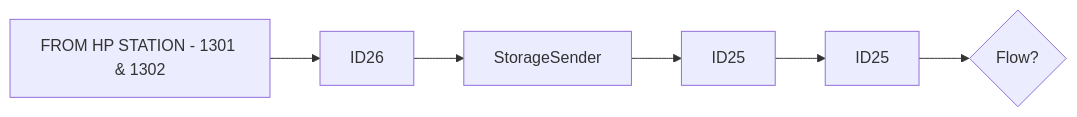
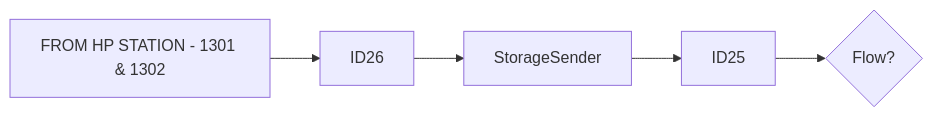
One commit to luthfiadityaa/SimeDarby-Wiki changed the first of 24 diagrams in Basic-Design/DFD-WMS/Storage/Unplanned-Storage/Unplanned-Storage-from-HP.md. Above: the diagram before and after it, drawn with Mermaid. The commit also changed other lines of this file, not shown here.

Commit message:
Updated Unplanned Storage from HP

```diff
--- a/Basic-Design/DFD-WMS/Storage/Unplanned-Storage/Unplanned-Storage-from-HP.md
+++ b/Basic-Design/DFD-WMS/Storage/Unplanned-Storage/Unplanned-Storage-from-HP.md
@@ -9,6 +9,5 @@
 ::: mermaid
 flowchart LR
   
-P1[FROM HP STATION - 1301 & 1302]-->P2[ID26]-->P3[StorageSender]-->P4[ID25]-->P7[ID25]
-P7[ID25]-->Cond1{Flow?} 
+P1[FROM HP STATION - 1301 & 1302]-->P2[ID26]-->P3[StorageSender]-->P4[ID25]-->Cond1{Flow?} 
 :::
```
